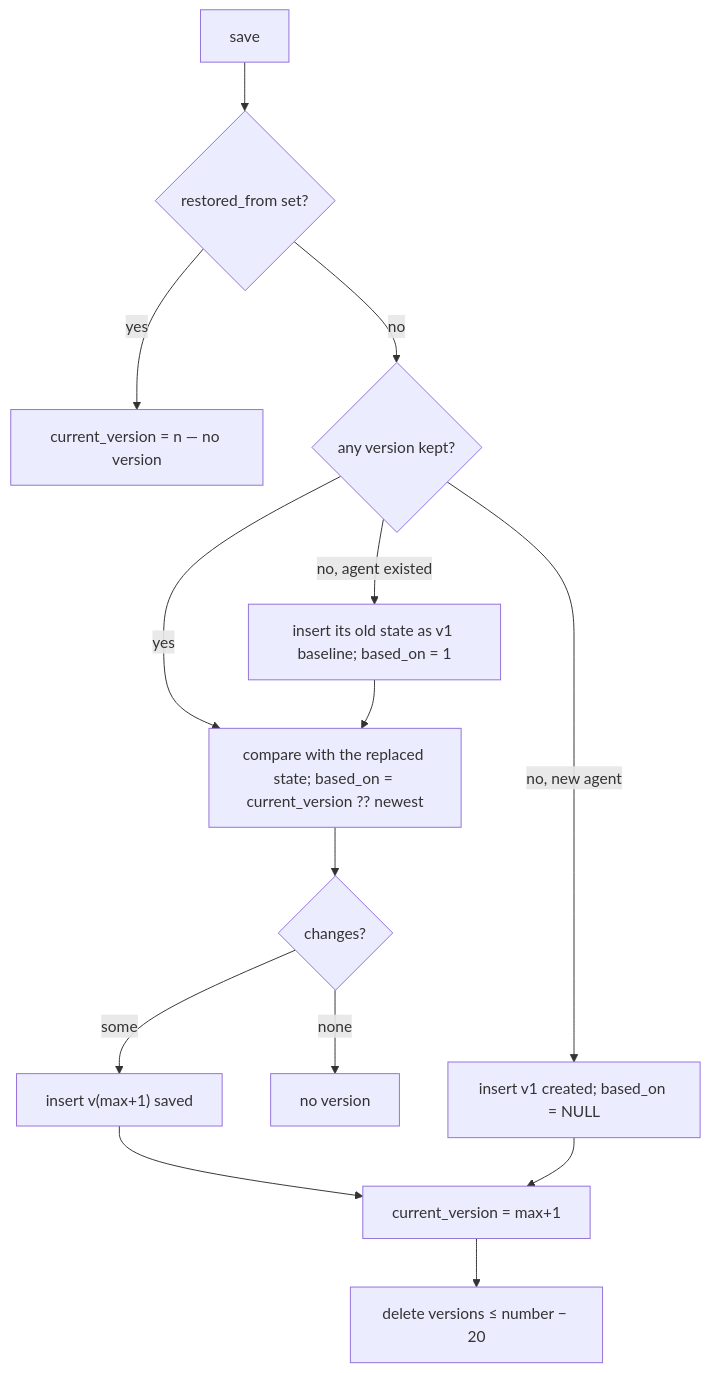
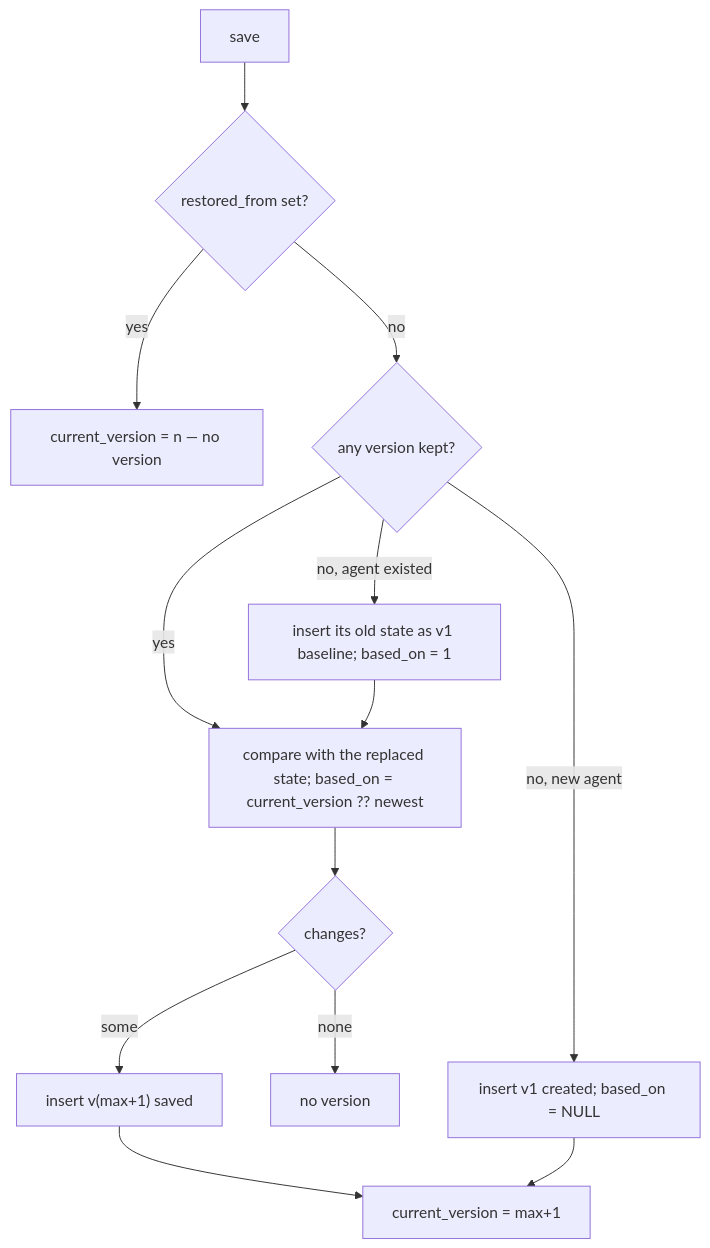
Before and after one commit to konstantinosmpouros/mAgenticX: the third of 4 diagrams in docs/flows/agent-version-history.md, drawn with Mermaid. The commit also changed other lines of this file and 25 other files, not shown here.

Commit message:
feat(agents): drop the agent and version caps, add a 64 KiB prompt limit and a zod agent spec schema

````diff
--- a/docs/flows/agent-version-history.md
+++ b/docs/flows/agent-version-history.md
@@ -55,15 +55,14 @@
 ```mermaid
 flowchart TD
     S[save] --> R{restored_from set?}
     R -->|yes| RP[current_version = n — no version]
     R -->|no| L{any version kept?}
     L -->|yes| C["compare with the replaced state; based_on = current_version ?? newest"]
     L -->|no, agent existed| BL[insert its old state as v1 baseline; based_on = 1] --> C
     L -->|no, new agent| CR[insert v1 created; based_on = NULL]
     C --> D{changes?}
     D -->|none| N[no version]
     D -->|some| V["insert v(max+1) saved"]
     V --> CU[current_version = max+1]
     CR --> CU
-    CU --> P[delete versions ≤ number − 20]
 ```
````
